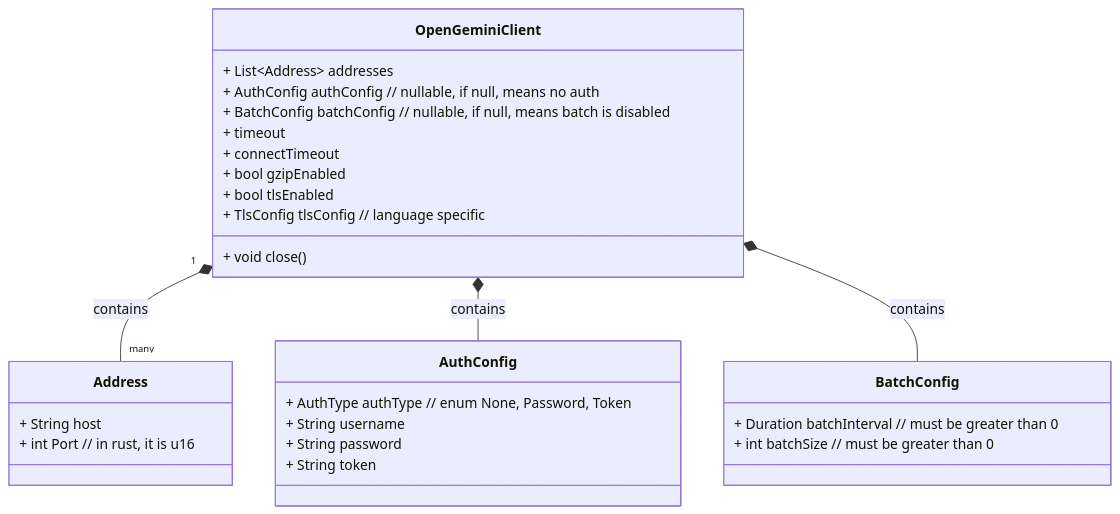
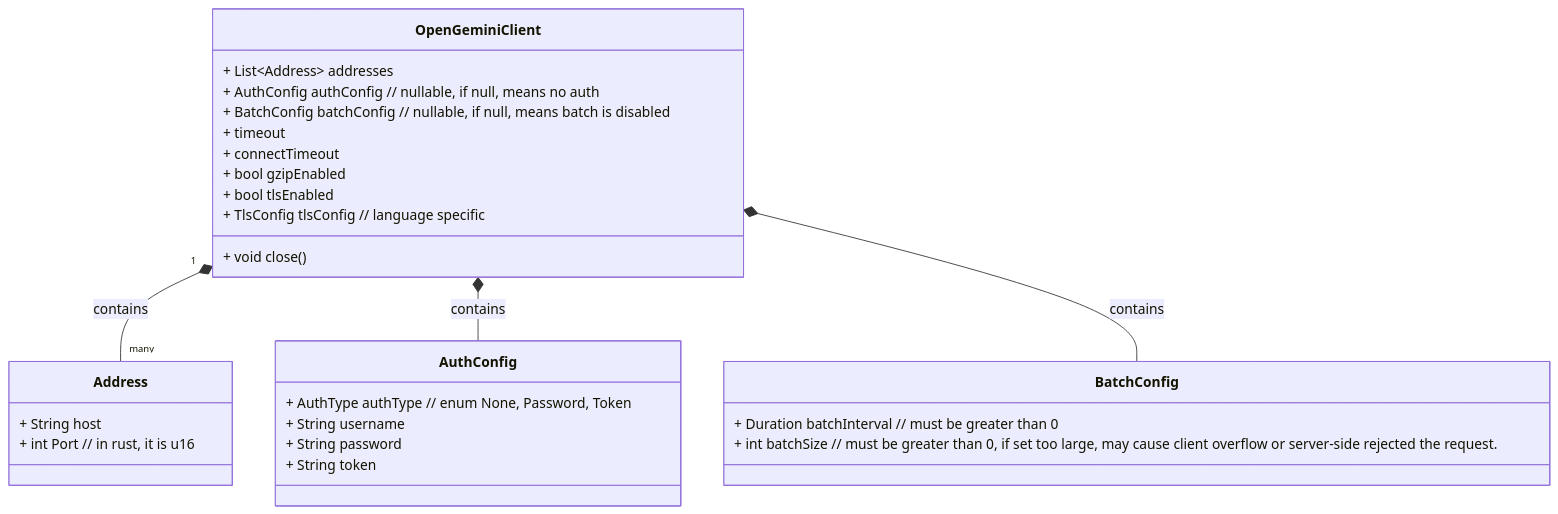
Before and after one commit to openGemini/openGemini.github.io: the first of 8 diagrams in src/guide/develop/client_design.md, drawn with Mermaid. The commit also changed 3 other files, not shown here.

````diff
--- a/src/guide/develop/client_design.md
+++ b/src/guide/develop/client_design.md
@@ -21,35 +21,35 @@
 ```mermaid
 classDiagram
     class OpenGeminiClient {
         + List~Address~ addresses
         + AuthConfig authConfig // nullable, if null, means no auth
         + BatchConfig batchConfig // nullable, if null, means batch is disabled
         + timeout
         + connectTimeout
         + bool gzipEnabled
         + bool tlsEnabled
         + TlsConfig tlsConfig // language specific
         + void close()
     }
 
     class Address {
         + String host
         + int Port // in rust, it is u16
     }
 
     class AuthConfig {
         + AuthType authType // enum None, Password, Token
         + String username
         + String password
         + String token
     }
 
     class BatchConfig {
         + Duration batchInterval // must be greater than 0
-        + int batchSize // must be greater than 0
+        + int batchSize // must be greater than 0, if set too large, may cause client overflow or server-side rejected the request.
     }
 
     OpenGeminiClient "1" *-- "many" Address: contains
     OpenGeminiClient *-- AuthConfig: contains
     OpenGeminiClient *-- BatchConfig: contains
 ```
````
